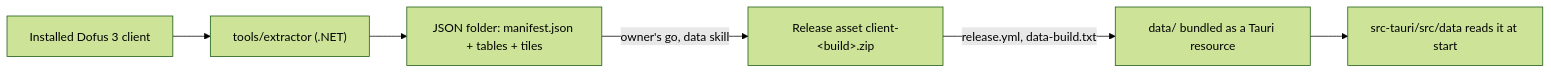
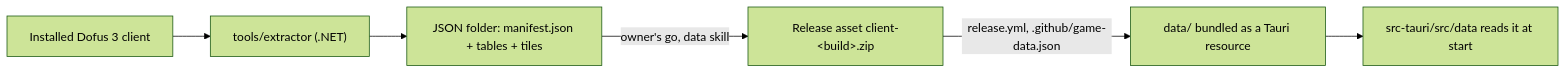
The diagram in docs/data.md (AerafalDev/D3B), drawn with Mermaid (forest theme) before and after one commit. The commit also changed other lines of this file and 7 other files, not shown here.

Commit message:
build(release): name the packed game data build in .github/game-data.json

````diff
--- a/docs/data.md
+++ b/docs/data.md
@@ -7,8 +7,8 @@
 ```mermaid
 flowchart LR
     client["Installed Dofus 3 client"] --> extractor["tools/extractor (.NET)"]
     extractor --> folder["JSON folder: manifest.json + tables + tiles"]
     folder -->|"owner's go, data skill"| asset["Release asset client-&lt;build&gt;.zip"]
-    asset -->|"release.yml, data-build.txt"| bundle["data/ bundled as a Tauri resource"]
+    asset -->|"release.yml, .github/game-data.json"| bundle["data/ bundled as a Tauri resource"]
     bundle --> app["src-tauri/src/data reads it at start"]
 ```
````
